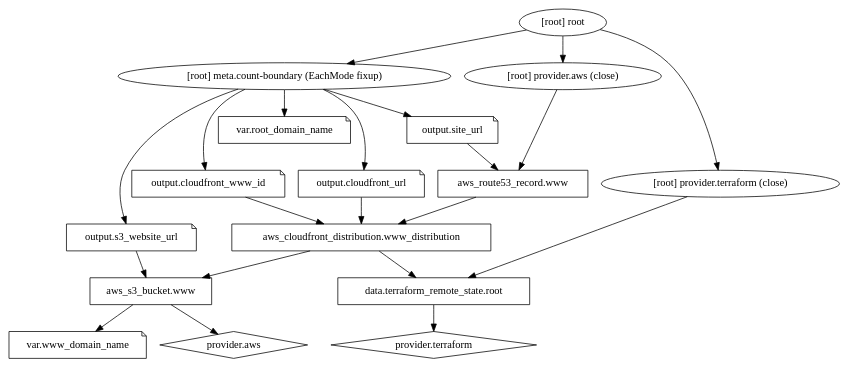
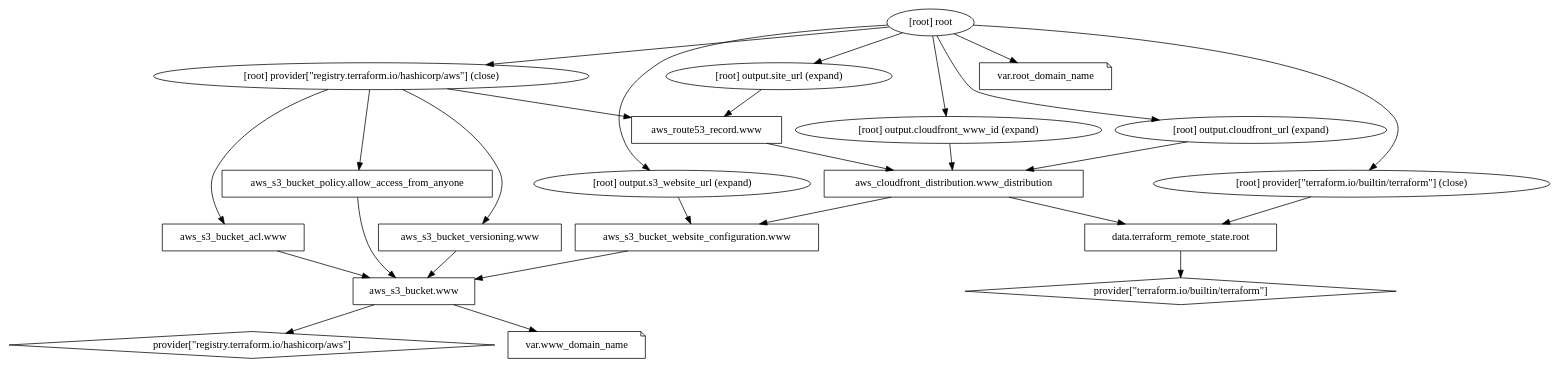
The diagram in websites/www.ra-gray-realty.com/infrastructure/graph.dot (grocky/infrastructure), drawn with Graphviz before and after one commit. The commit also changed 7 other files, not shown here.

Commit message:
update aws_s3_bucket configuration for www.ra-gray-realty.com

```diff
--- a/websites/www.ra-gray-realty.com/infrastructure/graph.dot
+++ b/websites/www.ra-gray-realty.com/infrastructure/graph.dot
@@ -1,38 +1,44 @@
 digraph {
 	compound = "true"
 	newrank = "true"
 	subgraph "root" {
-		"[root] aws_cloudfront_distribution.www_distribution" [label = "aws_cloudfront_distribution.www_distribution", shape = "box"]
-		"[root] aws_route53_record.www" [label = "aws_route53_record.www", shape = "box"]
-		"[root] aws_s3_bucket.www" [label = "aws_s3_bucket.www", shape = "box"]
-		"[root] data.terraform_remote_state.root" [label = "data.terraform_remote_state.root", shape = "box"]
-		"[root] output.cloudfront_url" [label = "output.cloudfront_url", shape = "note"]
-		"[root] output.cloudfront_www_id" [label = "output.cloudfront_www_id", shape = "note"]
-		"[root] output.s3_website_url" [label = "output.s3_website_url", shape = "note"]
-		"[root] output.site_url" [label = "output.site_url", shape = "note"]
-		"[root] provider.aws" [label = "provider.aws", shape = "diamond"]
-		"[root] provider.terraform" [label = "provider.terraform", shape = "diamond"]
+		"[root] aws_cloudfront_distribution.www_distribution (expand)" [label = "aws_cloudfront_distribution.www_distribution", shape = "box"]
+		"[root] aws_route53_record.www (expand)" [label = "aws_route53_record.www", shape = "box"]
+		"[root] aws_s3_bucket.www (expand)" [label = "aws_s3_bucket.www", shape = "box"]
+		"[root] aws_s3_bucket_acl.www (expand)" [label = "aws_s3_bucket_acl.www", shape = "box"]
+		"[root] aws_s3_bucket_policy.allow_access_from_anyone (expand)" [label = "aws_s3_bucket_policy.allow_access_from_anyone", shape = "box"]
+		"[root] aws_s3_bucket_versioning.www (expand)" [label = "aws_s3_bucket_versioning.www", shape = "box"]
+		"[root] aws_s3_bucket_website_configuration.www (expand)" [label = "aws_s3_bucket_website_configuration.www", shape = "box"]
+		"[root] data.terraform_remote_state.root (expand)" [label = "data.terraform_remote_state.root", shape = "box"]
+		"[root] provider[\"registry.terraform.io/hashicorp/aws\"]" [label = "provider[\"registry.terraform.io/hashicorp/aws\"]", shape = "diamond"]
+		"[root] provider[\"terraform.io/builtin/terraform\"]" [label = "provider[\"terraform.io/builtin/terraform\"]", shape = "diamond"]
 		"[root] var.root_domain_name" [label = "var.root_domain_name", shape = "note"]
 		"[root] var.www_domain_name" [label = "var.www_domain_name", shape = "note"]
-		"[root] aws_cloudfront_distribution.www_distribution" -> "[root] aws_s3_bucket.www"
-		"[root] aws_cloudfront_distribution.www_distribution" -> "[root] data.terraform_remote_state.root"
-		"[root] aws_route53_record.www" -> "[root] aws_cloudfront_distribution.www_distribution"
-		"[root] aws_s3_bucket.www" -> "[root] provider.aws"
-		"[root] aws_s3_bucket.www" -> "[root] var.www_domain_name"
-		"[root] data.terraform_remote_state.root" -> "[root] provider.terraform"
-		"[root] meta.count-boundary (EachMode fixup)" -> "[root] output.cloudfront_url"
-		"[root] meta.count-boundary (EachMode fixup)" -> "[root] output.cloudfront_www_id"
-		"[root] meta.count-boundary (EachMode fixup)" -> "[root] output.s3_website_url"
-		"[root] meta.count-boundary (EachMode fixup)" -> "[root] output.site_url"
-		"[root] meta.count-boundary (EachMode fixup)" -> "[root] var.root_domain_name"
-		"[root] output.cloudfront_url" -> "[root] aws_cloudfront_distribution.www_distribution"
-		"[root] output.cloudfront_www_id" -> "[root] aws_cloudfront_distribution.www_distribution"
-		"[root] output.s3_website_url" -> "[root] aws_s3_bucket.www"
-		"[root] output.site_url" -> "[root] aws_route53_record.www"
-		"[root] provider.aws (close)" -> "[root] aws_route53_record.www"
-		"[root] provider.terraform (close)" -> "[root] data.terraform_remote_state.root"
-		"[root] root" -> "[root] meta.count-boundary (EachMode fixup)"
-		"[root] root" -> "[root] provider.aws (close)"
-		"[root] root" -> "[root] provider.terraform (close)"
+		"[root] aws_cloudfront_distribution.www_distribution (expand)" -> "[root] aws_s3_bucket_website_configuration.www (expand)"
+		"[root] aws_cloudfront_distribution.www_distribution (expand)" -> "[root] data.terraform_remote_state.root (expand)"
+		"[root] aws_route53_record.www (expand)" -> "[root] aws_cloudfront_distribution.www_distribution (expand)"
+		"[root] aws_s3_bucket.www (expand)" -> "[root] provider[\"registry.terraform.io/hashicorp/aws\"]"
+		"[root] aws_s3_bucket.www (expand)" -> "[root] var.www_domain_name"
+		"[root] aws_s3_bucket_acl.www (expand)" -> "[root] aws_s3_bucket.www (expand)"
+		"[root] aws_s3_bucket_policy.allow_access_from_anyone (expand)" -> "[root] aws_s3_bucket.www (expand)"
+		"[root] aws_s3_bucket_versioning.www (expand)" -> "[root] aws_s3_bucket.www (expand)"
+		"[root] aws_s3_bucket_website_configuration.www (expand)" -> "[root] aws_s3_bucket.www (expand)"
+		"[root] data.terraform_remote_state.root (expand)" -> "[root] provider[\"terraform.io/builtin/terraform\"]"
+		"[root] output.cloudfront_url (expand)" -> "[root] aws_cloudfront_distribution.www_distribution (expand)"
+		"[root] output.cloudfront_www_id (expand)" -> "[root] aws_cloudfront_distribution.www_distribution (expand)"
+		"[root] output.s3_website_url (expand)" -> "[root] aws_s3_bucket_website_configuration.www (expand)"
+		"[root] output.site_url (expand)" -> "[root] aws_route53_record.www (expand)"
+		"[root] provider[\"registry.terraform.io/hashicorp/aws\"] (close)" -> "[root] aws_route53_record.www (expand)"
+		"[root] provider[\"registry.terraform.io/hashicorp/aws\"] (close)" -> "[root] aws_s3_bucket_acl.www (expand)"
+		"[root] provider[\"registry.terraform.io/hashicorp/aws\"] (close)" -> "[root] aws_s3_bucket_policy.allow_access_from_anyone (expand)"
+		"[root] provider[\"registry.terraform.io/hashicorp/aws\"] (close)" -> "[root] aws_s3_bucket_versioning.www (expand)"
+		"[root] provider[\"terraform.io/builtin/terraform\"] (close)" -> "[root] data.terraform_remote_state.root (expand)"
+		"[root] root" -> "[root] output.cloudfront_url (expand)"
+		"[root] root" -> "[root] output.cloudfront_www_id (expand)"
+		"[root] root" -> "[root] output.s3_website_url (expand)"
+		"[root] root" -> "[root] output.site_url (expand)"
+		"[root] root" -> "[root] provider[\"registry.terraform.io/hashicorp/aws\"] (close)"
+		"[root] root" -> "[root] provider[\"terraform.io/builtin/terraform\"] (close)"
+		"[root] root" -> "[root] var.root_domain_name"
 	}
 }
```
